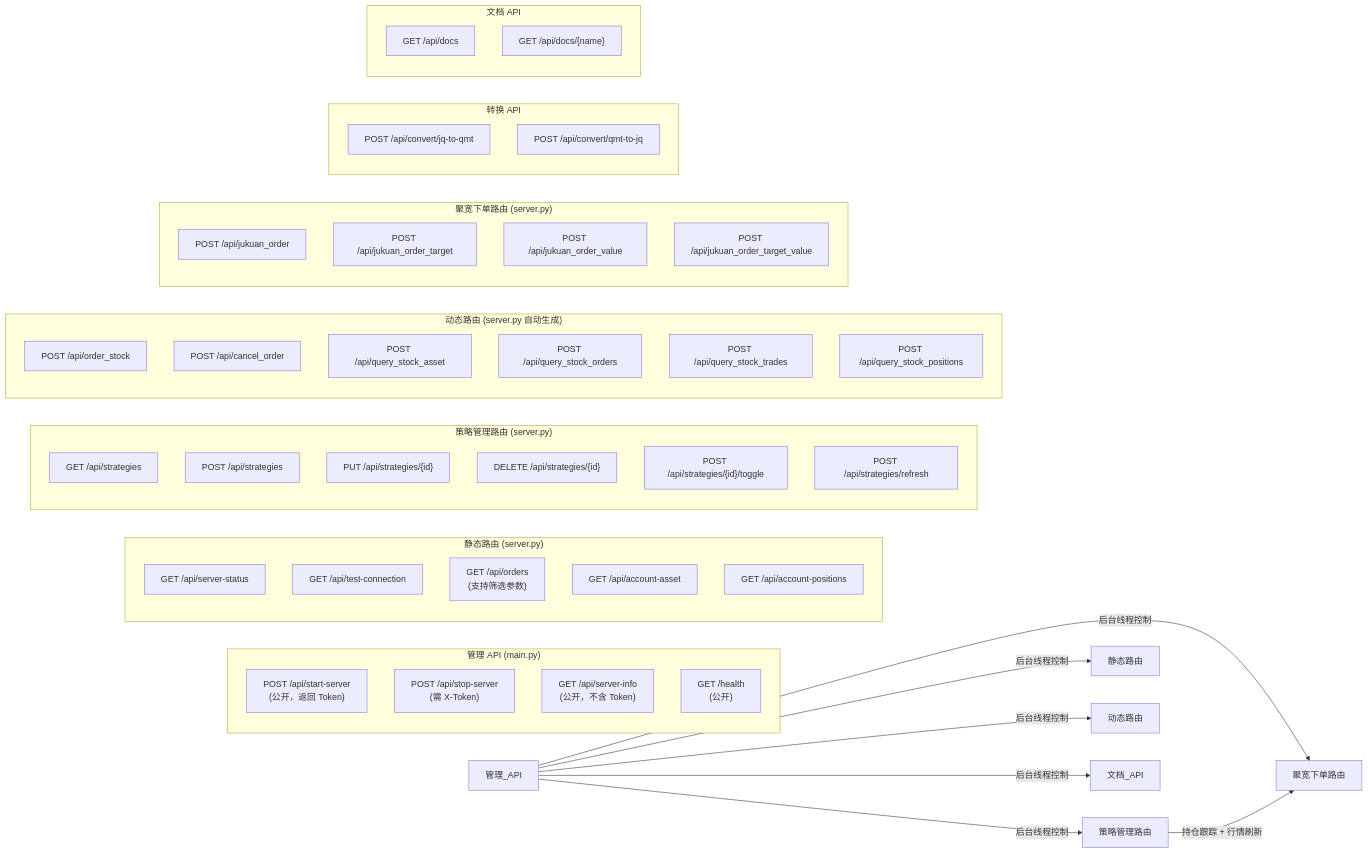
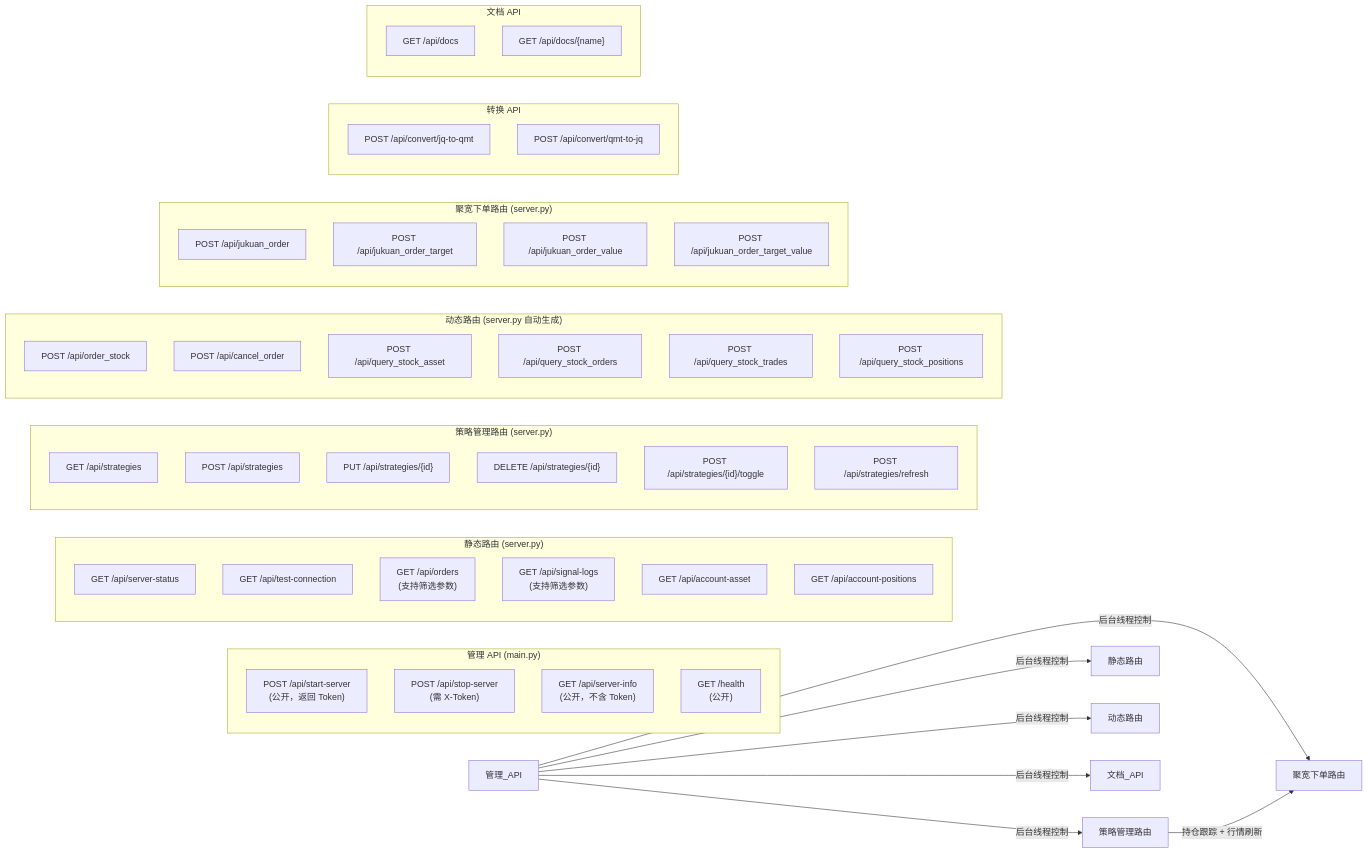
Before and after one commit to Dada-liu/QMT-Live-Assistant: the fifth of 5 diagrams in product-doc/IMPLEMENTATION_PLAN.md, drawn with Mermaid. The commit also changed other lines of this file and 12 other files, not shown here.

````diff
--- a/product-doc/IMPLEMENTATION_PLAN.md
+++ b/product-doc/IMPLEMENTATION_PLAN.md
@@ -289,59 +299,60 @@
 ```mermaid
 graph LR
     subgraph "管理 API (main.py)"
         START["POST /api/start-server<br/>(公开，返回 Token)"]
         STOP["POST /api/stop-server<br/>(需 X-Token)"]
         INFO["GET /api/server-info<br/>(公开，不含 Token)"]
         HEALTH["GET /health<br/>(公开)"]
     end
 
     subgraph "静态路由 (server.py)"
         STATUS["GET /api/server-status"]
         CONN["GET /api/test-connection"]
         ORDERS["GET /api/orders<br/>(支持筛选参数)"]
+        SIG_LOGS["GET /api/signal-logs<br/>(支持筛选参数)"]
         ASSET["GET /api/account-asset"]
         POS["GET /api/account-positions"]
     end
 
     subgraph "策略管理路由 (server.py)"
         S_LIST["GET /api/strategies"]
         S_CREATE["POST /api/strategies"]
         S_UPDATE["PUT /api/strategies/{id}"]
         S_DELETE["DELETE /api/strategies/{id}"]
         S_TOGGLE["POST /api/strategies/{id}/toggle"]
         S_REFRESH["POST /api/strategies/refresh"]
     end
 
     subgraph "动态路由 (server.py 自动生成)"
         D1["POST /api/order_stock"]
         D2["POST /api/cancel_order"]
         D3["POST /api/query_stock_asset"]
         D4["POST /api/query_stock_orders"]
         D5["POST /api/query_stock_trades"]
         D6["POST /api/query_stock_positions"]
     end
 
     subgraph "聚宽下单路由 (server.py)"
         JK1["POST /api/jukuan_order"]
         JK2["POST /api/jukuan_order_target"]
         JK3["POST /api/jukuan_order_value"]
         JK4["POST /api/jukuan_order_target_value"]
     end
 
     subgraph "转换 API"
         JQ["POST /api/convert/jq-to-qmt"]
         QJ["POST /api/convert/qmt-to-jq"]
     end
 
     subgraph "文档 API"
         DOC_LIST["GET /api/docs"]
         DOC_GET["GET /api/docs/{name}"]
     end
 
     管理_API -->|"后台线程控制"| 策略管理路由
     管理_API -->|"后台线程控制"| 静态路由
     管理_API -->|"后台线程控制"| 动态路由
     管理_API -->|"后台线程控制"| 聚宽下单路由
     管理_API -->|"后台线程控制"| 文档_API
     策略管理路由 -->|"持仓跟踪 + 行情刷新"| 聚宽下单路由
 ```
````
